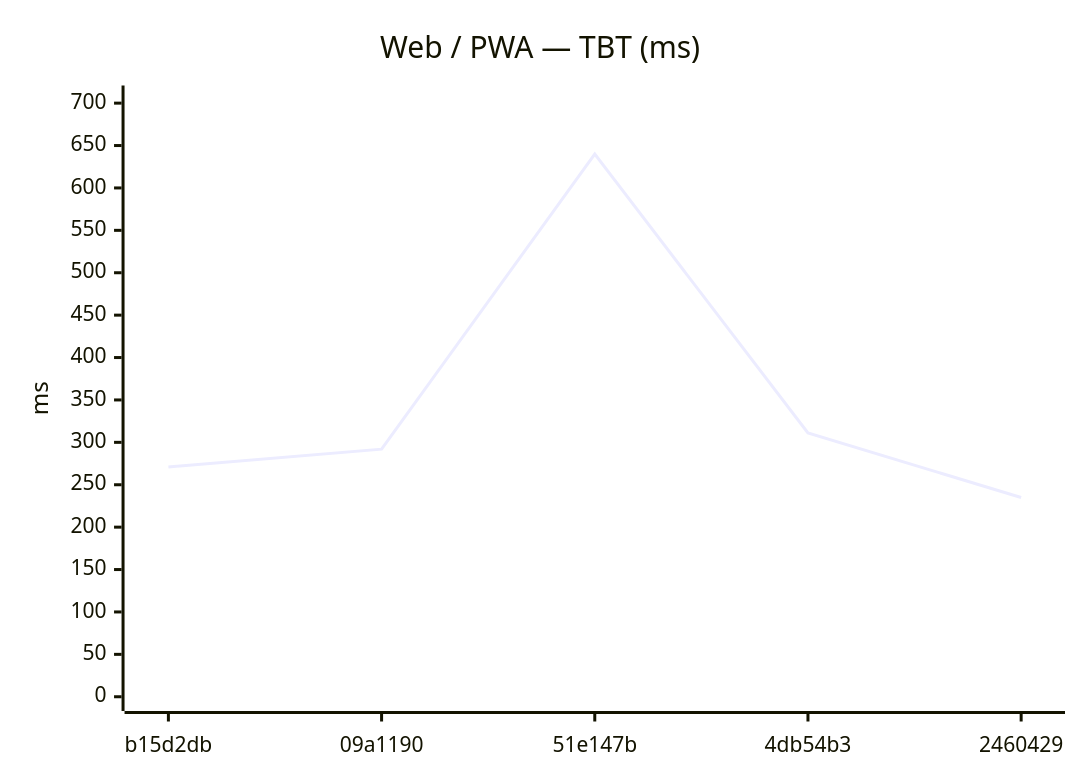
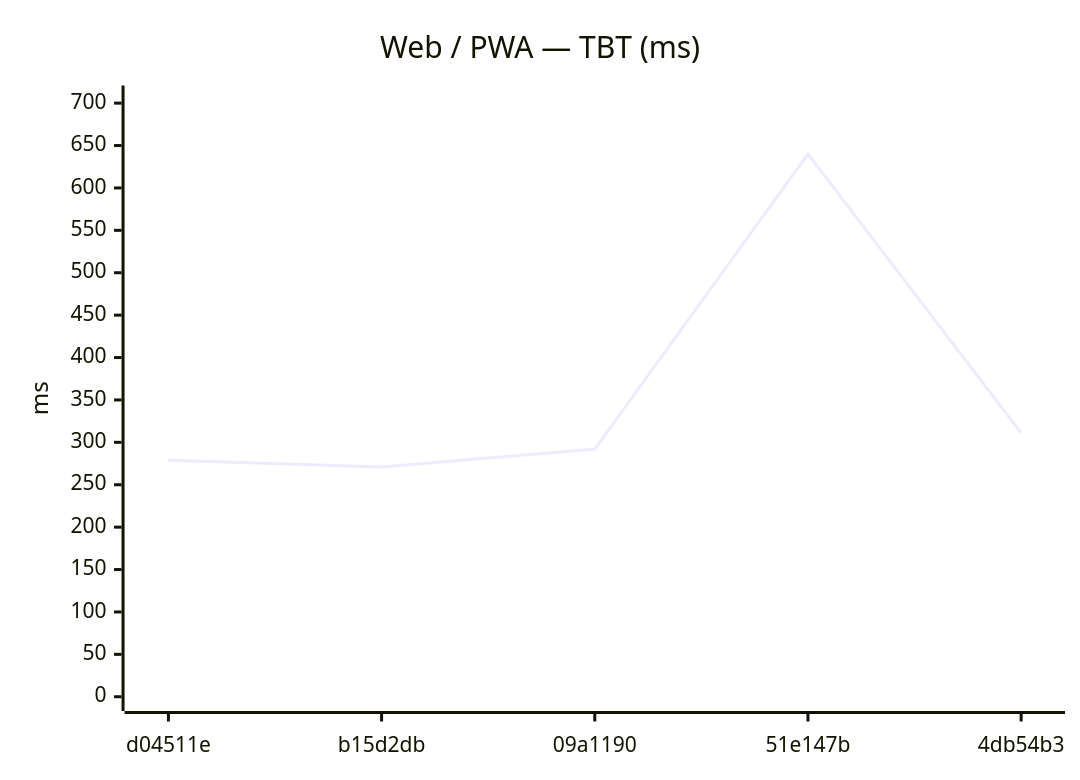
The eighth of 18 diagrams in benchmarks/compare.md (Metaheurist/Rianell), drawn with Mermaid before and after one commit. The commit also changed other lines of this file and 11 other files, not shown here.

````diff
--- a/benchmarks/compare.md
+++ b/benchmarks/compare.md
@@ -124,7 +124,7 @@
 ```mermaid
 xychart-beta
     title "Web / PWA — TBT (ms)"
-    x-axis ["b15d2db", "09a1190", "51e147b", "4db54b3", "2460429"]
+    x-axis ["d04511e", "b15d2db", "09a1190", "51e147b", "4db54b3"]
     y-axis "ms" 0 --> 704
-    line [271, 292, 640, 311, 235]
+    line [279, 271, 292, 640, 311]
 ```
````
